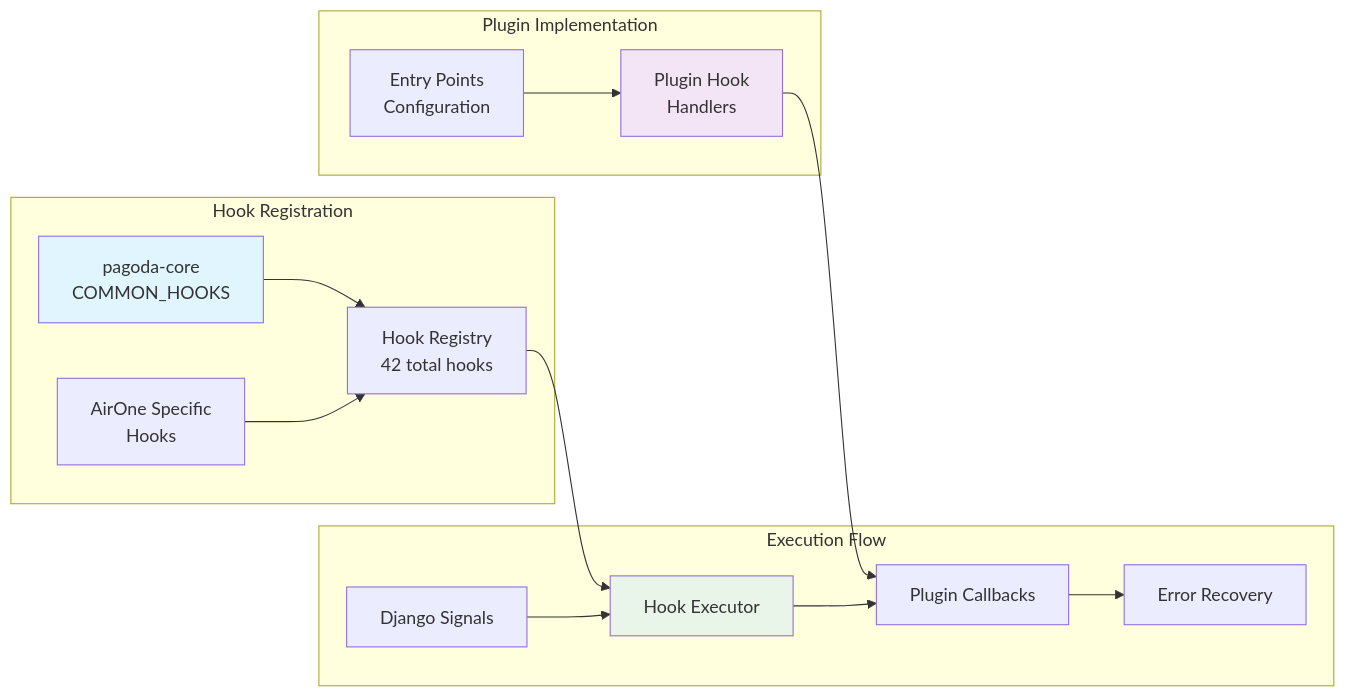
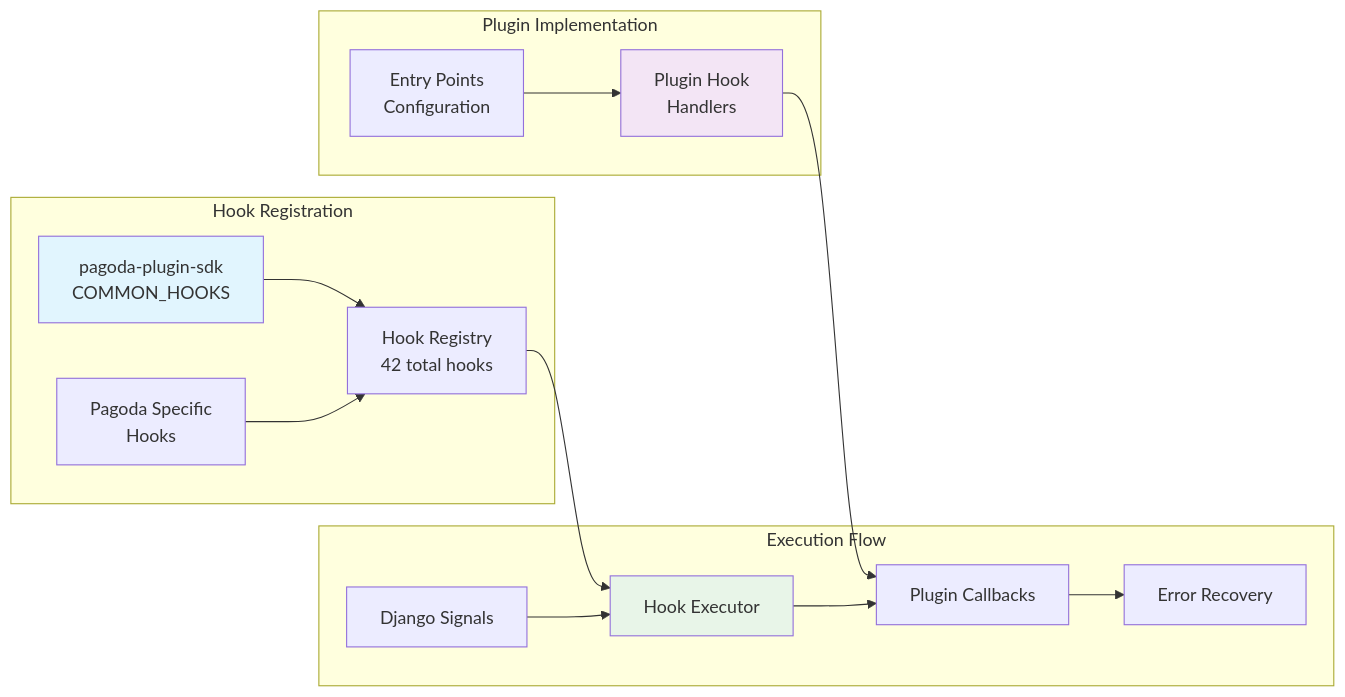
The third of 11 diagrams in docs/content/advanced/plugin_architecture_diagrams.md (dmm-com/pagoda), drawn with Mermaid before and after one commit. The commit also changed other lines of this file and 5 other files, not shown here.

First line of the commit message:
Refactor plugin system documentation and examples to align with Pagoda branding

````diff
--- a/docs/content/advanced/plugin_architecture_diagrams.md
+++ b/docs/content/advanced/plugin_architecture_diagrams.md
@@ -88,35 +88,35 @@
 ```mermaid
 graph LR
     subgraph "Hook Registration"
-        PC[pagoda-core<br/>COMMON_HOOKS]
-        AH[AirOne Specific<br/>Hooks]
+        PC[pagoda-plugin-sdk<br/>COMMON_HOOKS]
+        AH[Pagoda Specific<br/>Hooks]
         HR[Hook Registry<br/>42 total hooks]
     end
 
     subgraph "Plugin Implementation"
         PH[Plugin Hook<br/>Handlers]
         EP[Entry Points<br/>Configuration]
     end
 
     subgraph "Execution Flow"
         DS[Django Signals]
         HE[Hook Executor]
         CB[Plugin Callbacks]
         ER[Error Recovery]
     end
 
     PC --> HR
     AH --> HR
     HR --> HE
 
     EP --> PH
     PH --> CB
 
     DS --> HE
     HE --> CB
     CB --> ER
 
     style PC fill:#e1f5fe
     style PH fill:#f3e5f5
     style HE fill:#e8f5e8
 ```
````
